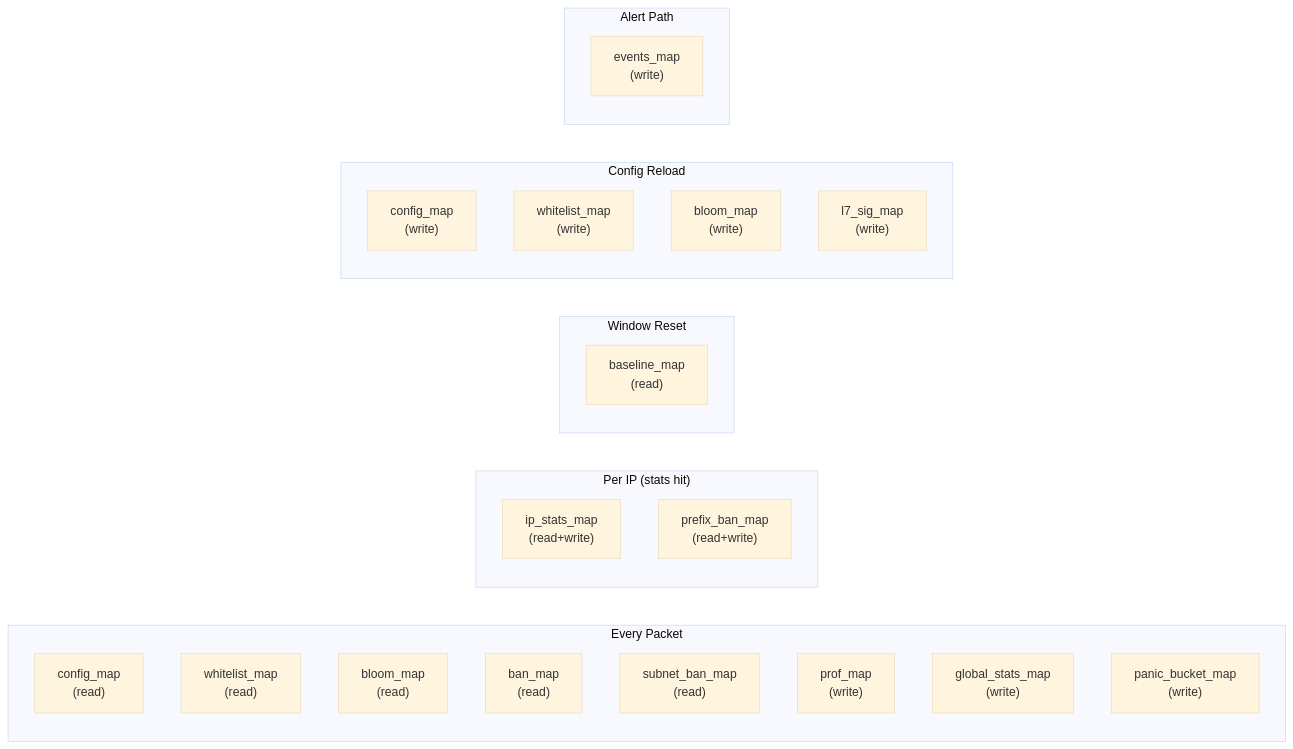
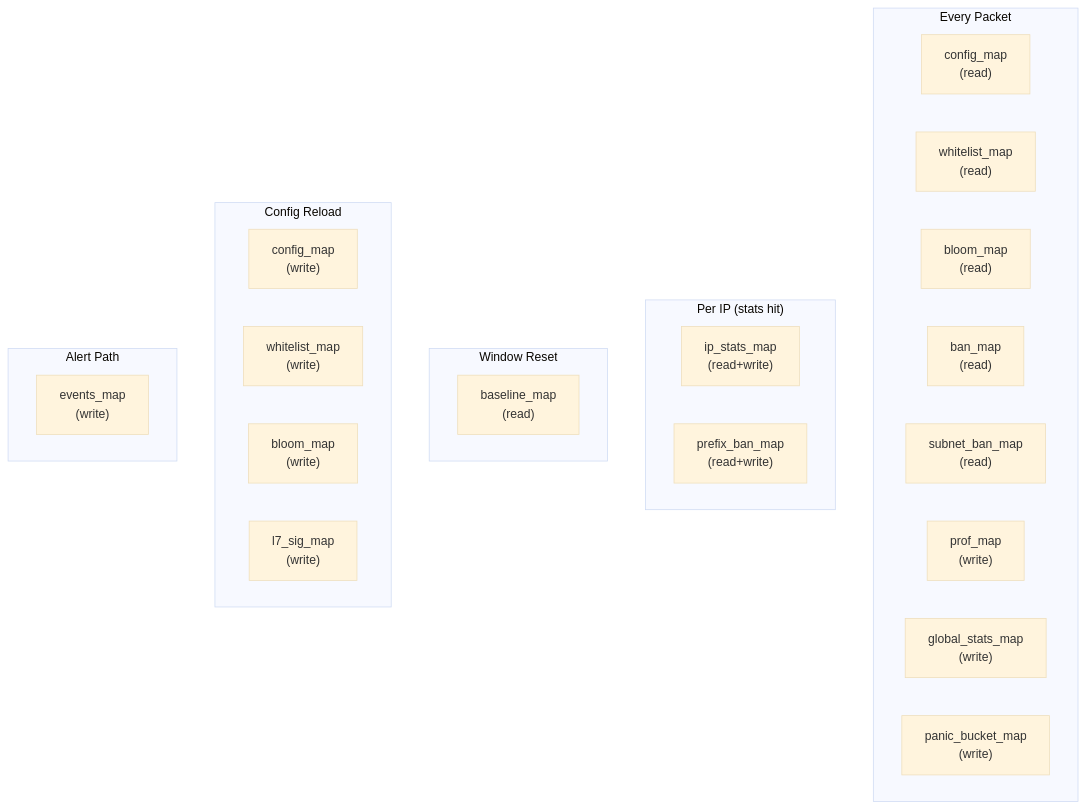
The diagram in docs/openshield-xdp/architecture/maps.md (AnAverageBeing/pingless-studios-docs), drawn with Mermaid (base theme) before and after one commit. The commit also changed 5 other files, not shown here.

Commit message:
docs: update OpenShield-XDP docs for final release - fix diagrams, add comparisons, polish landing page

````diff
--- a/docs/openshield-xdp/architecture/maps.md
+++ b/docs/openshield-xdp/architecture/maps.md
@@ -340,33 +340,33 @@
 ```mermaid
-flowchart LR
+flowchart TD
     subgraph "Every Packet"
         CFG["config_map<br/>(read)"] 
         WL["whitelist_map<br/>(read)"]
         BLOOM["bloom_map<br/>(read)"]
         BAN["ban_map<br/>(read)"]
         SUBNET["subnet_ban_map<br/>(read)"]
         PROF["prof_map<br/>(write)"]
         GLOBAL["global_stats_map<br/>(write)"]
         PANIC["panic_bucket_map<br/>(write)"]
     end
 
     subgraph "Per IP (stats hit)"
         IPSTATS["ip_stats_map<br/>(read+write)"]
         PREFIX["prefix_ban_map<br/>(read+write)"]
     end
 
     subgraph "Window Reset"
         BASELINE["baseline_map<br/>(read)"]
     end
 
     subgraph "Config Reload"
         CFG_W["config_map<br/>(write)"]
         WL_W["whitelist_map<br/>(write)"]
         BLOOM_W["bloom_map<br/>(write)"]
         L7_W["l7_sig_map<br/>(write)"]
     end
 
     subgraph "Alert Path"
         EVENTS["events_map<br/>(write)"]
     end
 ```
````
